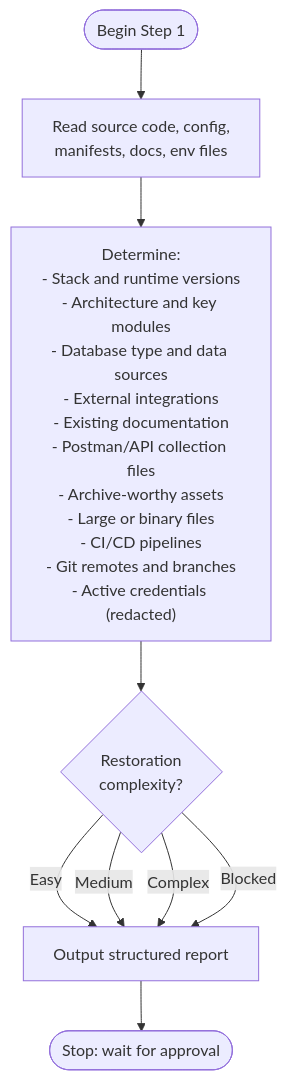
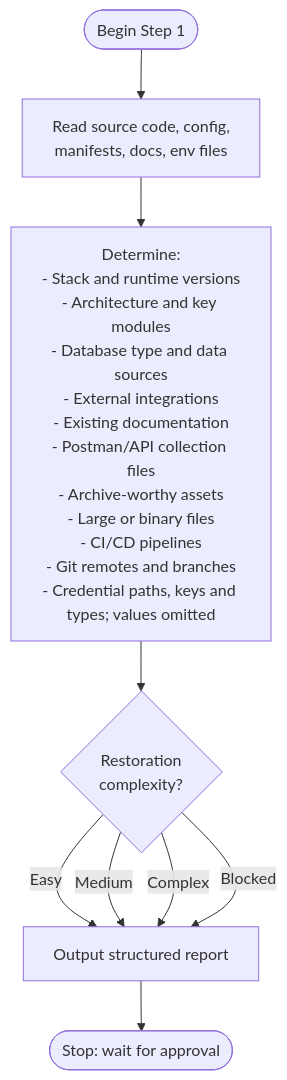
The diagram in docs/commands/archive/1-explore.md (myowinthein/agent-helm), drawn with Mermaid before and after one commit. The commit also changed 30 other files, not shown here.

````diff
--- a/docs/commands/archive/1-explore.md
+++ b/docs/commands/archive/1-explore.md
@@ -14,14 +14,14 @@
 ```mermaid
 flowchart TD
   Start([Begin Step 1]) --> ReadCode[Read source code, config,\nmanifests, docs, env files]
 
-  ReadCode --> Gather["Determine:\n- Stack and runtime versions\n- Architecture and key modules\n- Database type and data sources\n- External integrations\n- Existing documentation\n- Postman/API collection files\n- Archive-worthy assets\n- Large or binary files\n- CI/CD pipelines\n- Git remotes and branches\n- Active credentials (redacted)"]
+  ReadCode --> Gather["Determine:\n- Stack and runtime versions\n- Architecture and key modules\n- Database type and data sources\n- External integrations\n- Existing documentation\n- Postman/API collection files\n- Archive-worthy assets\n- Large or binary files\n- CI/CD pipelines\n- Git remotes and branches\n- Credential paths, keys and types; values omitted"]
 
   Gather --> Complexity{Restoration\ncomplexity?}
   Complexity -->|Easy| Report
   Complexity -->|Medium| Report
   Complexity -->|Complex| Report
   Complexity -->|Blocked| Report
 
   Report[Output structured report] --> Stop([Stop: wait for approval])
 ```
````
